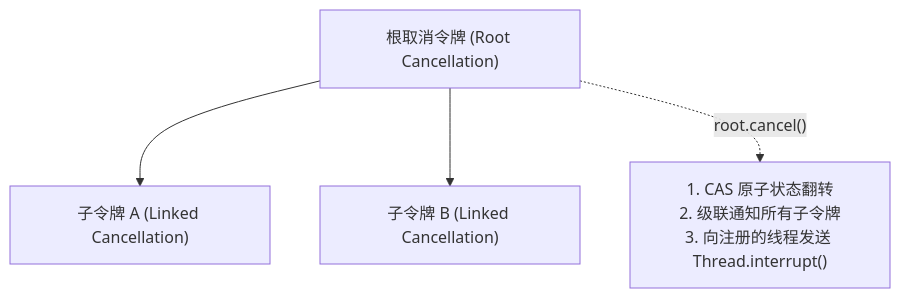
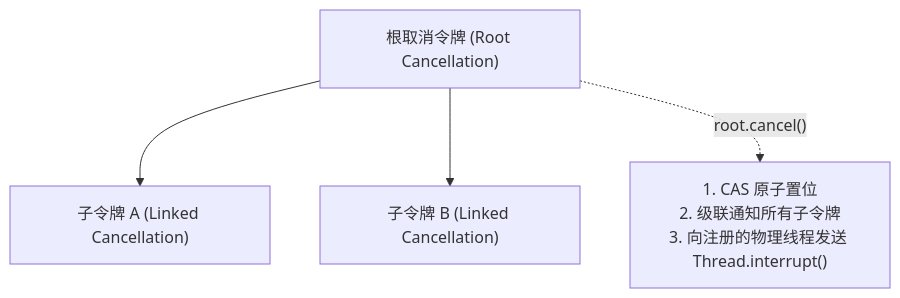
The second of 3 diagrams in docs/flow/flow-suspend.md (team4u/team4u-framework), drawn with Mermaid before and after one commit. The commit also changed other lines of this file and 21 other files, not shown here.

Commit message:
docs(flow): deepen technical documentation across core, governance, durable, and testing

````diff
--- a/docs/flow/flow-suspend.md
+++ b/docs/flow/flow-suspend.md
@@ -117,7 +114,7 @@
 ```mermaid
 graph TD
     Root["根取消令牌 (Root Cancellation)"] --> Link1["子令牌 A (Linked Cancellation)"]
     Root --> Link2["子令牌 B (Linked Cancellation)"]
     
-    Root -.->|"root.cancel()"| Inter["1. CAS 原子状态翻转<br/>2. 级联通知所有子令牌<br/>3. 向注册的线程发送 Thread.interrupt()"]
+    Root -.->|"root.cancel()"| Actions["1. CAS 原子置位<br/>2. 级联通知所有子令牌<br/>3. 向注册的物理线程发送 Thread.interrupt()"]
 ```
````
